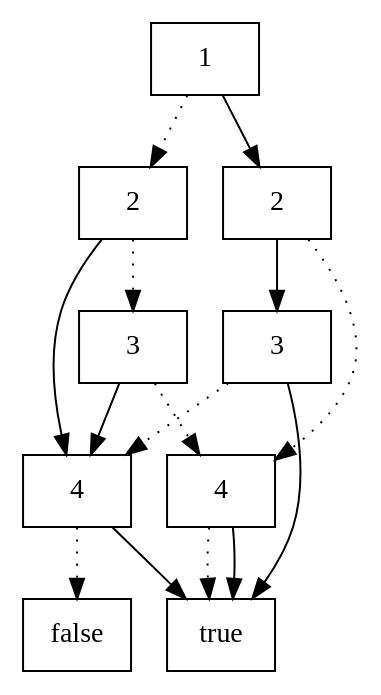
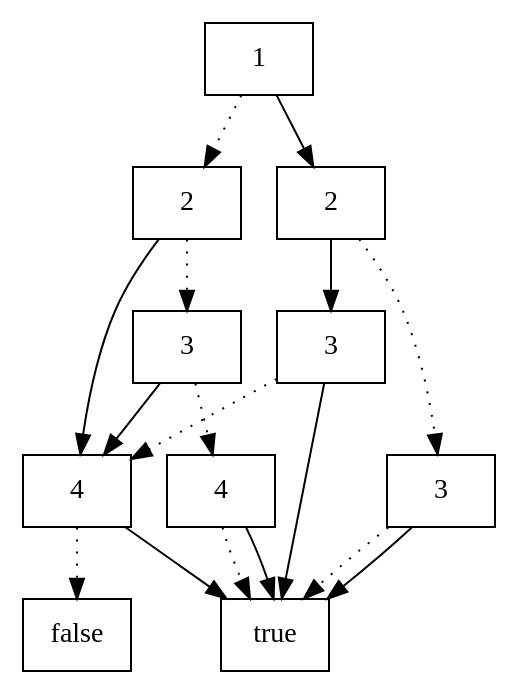
One commit to Freecs11/ouv_project changed the diagram in testtable16.dot. Above: the diagram before and after it, drawn with Graphviz. The commit also changed 2 other files, not shown here.

```diff
--- a/testtable16.dot
+++ b/testtable16.dot
@@ -1,25 +1,28 @@
 digraph G {
 0 [label="1" shape="cercle"];
 1 [label="2" shape="cercle"];
 2 [label="3" shape="cercle"];
 3 [label="4" shape="cercle"];
 4 [label="true" shape="cercle"];
 3 -> 4 [style=dotted];
 3 -> 4;
 5 [label="4" shape="cercle"];
 6 [label="false" shape="cercle"];
 5 -> 6 [style=dotted];
 5 -> 4;
 2 -> 3 [style=dotted];
 2 -> 5;
 1 -> 2 [style=dotted];
 1 -> 5;
 7 [label="2" shape="cercle"];
 8 [label="3" shape="cercle"];
-8 -> 5 [style=dotted];
+8 -> 4 [style=dotted];
 8 -> 4;
-7 -> 3 [style=dotted];
-7 -> 8;
+9 [label="3" shape="cercle"];
+9 -> 5 [style=dotted];
+9 -> 4;
+7 -> 8 [style=dotted];
+7 -> 9;
 0 -> 1 [style=dotted];
 0 -> 7;
 }
```
